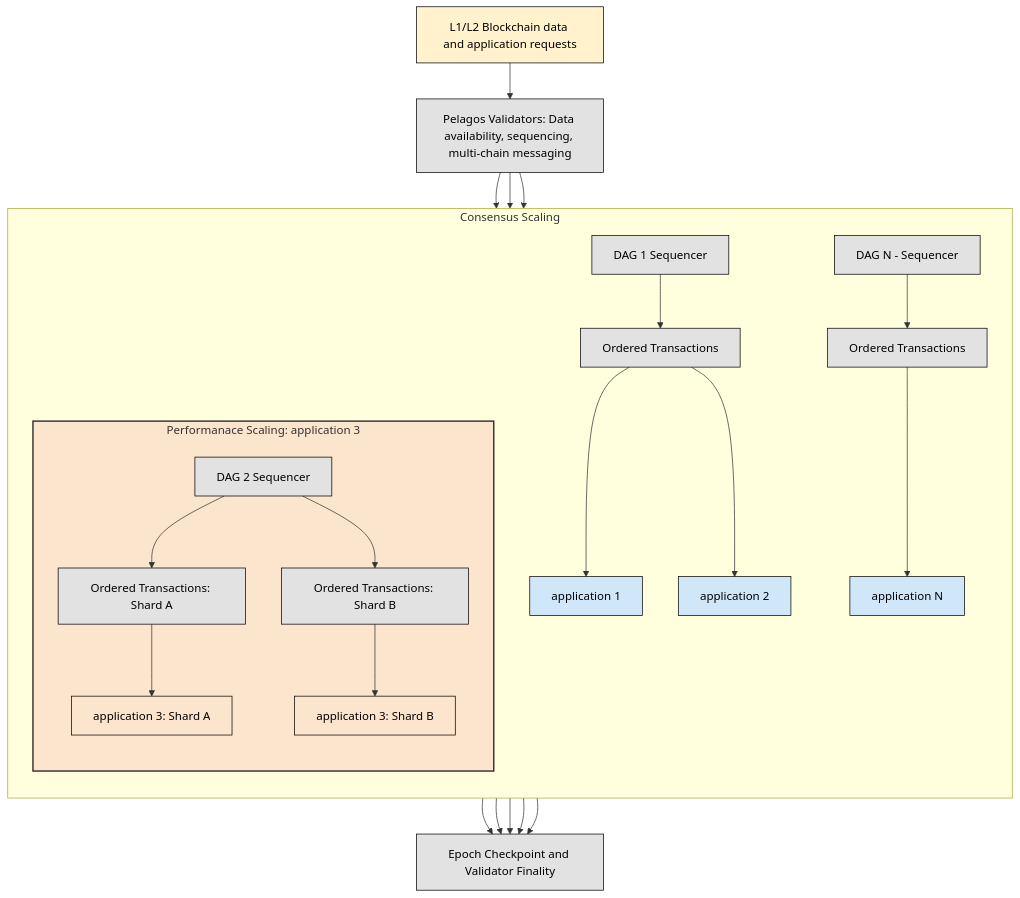
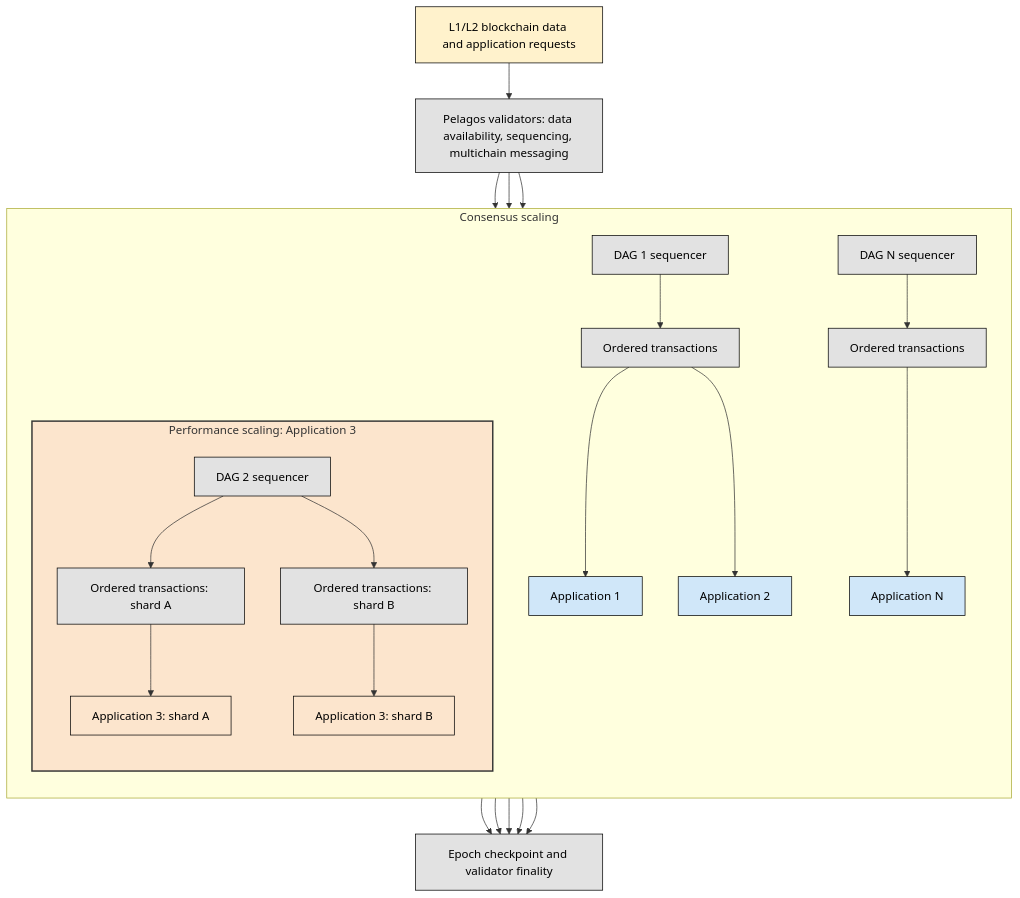
One commit to 0xAtelerix/docs changed the diagram in technology/design-considerations.md. Above: the diagram before and after it, drawn with Mermaid. The commit also changed other lines of this file and 17 other files, not shown here.

First line of the commit message:
Docs audit: fix broken content, links, diagrams, and style

````diff
--- a/technology/design-considerations.md
+++ b/technology/design-considerations.md
@@ -146,63 +146,63 @@
 ```mermaid
 flowchart TD
   %% Styling classes for nodes
   classDef horiz fill:#d0e7f9,stroke:#000,stroke-width:1px,color:#000;
   classDef vert  fill:#fce5cd,stroke:#000,stroke-width:1px,color:#000;
   classDef process fill:#e2e2e2,stroke:#000,stroke-width:1px,color:#000;
   classDef source fill:#fff2cc,stroke:#000,stroke-width:1px,color:#000;
 
   %% External sources and validators
-  L1L2["L1/L2 Blockchain data and application requests"]:::source
-  VAL["Pelagos Validators: Data availability, sequencing, multi-chain messaging"]:::process
+  L1L2["L1/L2 blockchain data and application requests"]:::source
+  VAL["Pelagos validators: data availability, sequencing, multichain messaging"]:::process
 
-  %% Horizontal Scaling
-  subgraph H["Consensus Scaling"]
+  %% Consensus scaling: many applications across many DAGs
+  subgraph H["Consensus scaling"]
     direction TB
 
-    %% application 1 & 2 (separate DAGs)
-    DAG1[DAG 1 Sequencer]:::process
-    OT1[Ordered Transactions]:::process
-    AC1[application 1]:::horiz
-    AC2[application 2]:::horiz
+    %% Applications 1 and 2 share one sequencing DAG
+    DAG1[DAG 1 sequencer]:::process
+    OT1[Ordered transactions]:::process
+    AC1[Application 1]:::horiz
+    AC2[Application 2]:::horiz
 
     DAG1 --> OT1
     OT1 --> AC1
     OT1 --> AC2
 
-    %% application 3 (Vertical Scaling from single DAG)
-    subgraph VS3["Performanace Scaling: application 3"]
+    %% Application 3 shards within its own DAG
+    subgraph VS3["Performance scaling: Application 3"]
       direction TB
-      DAG3[DAG 2 Sequencer]:::process
-      OT3a[Ordered Transactions: Shard A]:::process
-      OT3b[Ordered Transactions: Shard B]:::process
-      AC3a[application 3: Shard A]:::vert
-      AC3b[application 3: Shard B]:::vert
+      DAG3[DAG 2 sequencer]:::process
+      OT3a[Ordered transactions: shard A]:::process
+      OT3b[Ordered transactions: shard B]:::process
+      AC3a[Application 3: shard A]:::vert
+      AC3b[Application 3: shard B]:::vert
 
       DAG3 --> OT3a --> AC3a
       DAG3 --> OT3b --> AC3b
     end
 
-    %% application N
-    DAGN[DAG N - Sequencer]:::process
-    OTN[Ordered Transactions]:::process
-    ACN[application N]:::horiz
+    %% Application N
+    DAGN[DAG N sequencer]:::process
+    OTN[Ordered transactions]:::process
+    ACN[Application N]:::horiz
 
     DAGN --> OTN --> ACN
   end
 
-  %% Epoch & Validator Connections
-  EC[Epoch Checkpoint and Validator Finality]:::process
+  %% Epoch and validator connections
+  EC[Epoch checkpoint and validator finality]:::process
 
   L1L2 --> VAL
   VAL --> DAG1
   VAL --> DAG3
   VAL --> DAGN
 
-    AC1 --> EC
+  AC1 --> EC
   AC2 --> EC
   AC3a --> EC
   AC3b --> EC
   ACN --> EC
 
   style VS3 fill:#fce5cd,stroke:#333,stroke-width:2px
 ```
````
